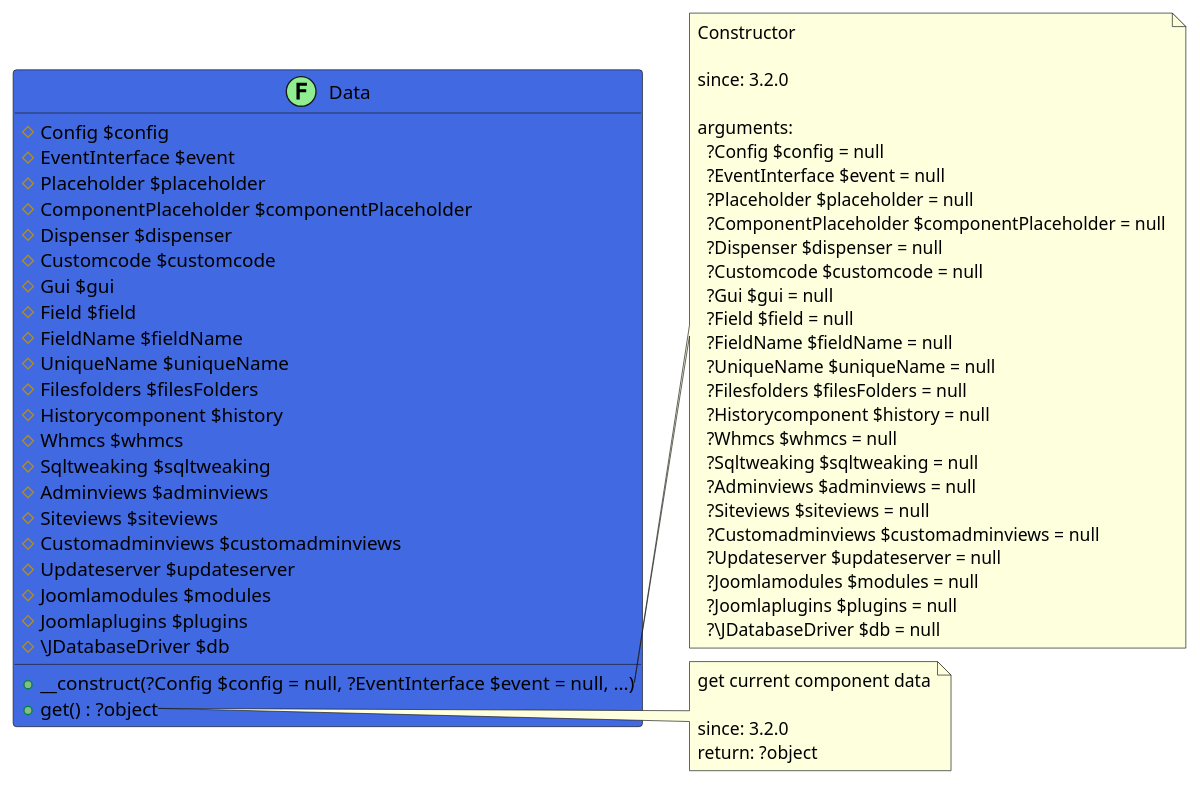
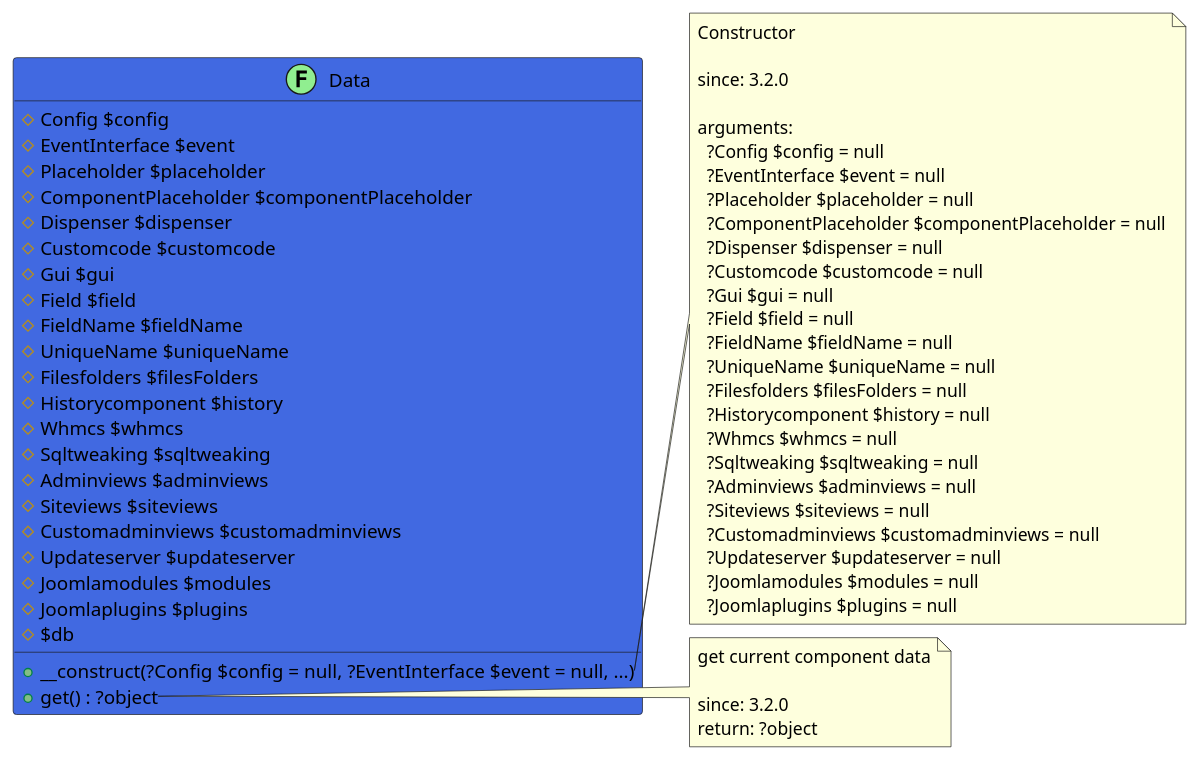
The diagram in src/ef9578e5-4c9d-46bf-866f-3a94bdc7b753/README.md (joomengine/jcb-compiler), drawn with PlantUML before and after one commit. The commit also changed 399 other files, not shown here.

````diff
--- a/src/ef9578e5-4c9d-46bf-866f-3a94bdc7b753/README.md
+++ b/src/ef9578e5-4c9d-46bf-866f-3a94bdc7b753/README.md
@@ -11,66 +11,65 @@
 ```uml
 @startuml
 class Data << (F,LightGreen) >> #RoyalBlue {
   # Config $config
   # EventInterface $event
   # Placeholder $placeholder
   # ComponentPlaceholder $componentPlaceholder
   # Dispenser $dispenser
   # Customcode $customcode
   # Gui $gui
   # Field $field
   # FieldName $fieldName
   # UniqueName $uniqueName
   # Filesfolders $filesFolders
   # Historycomponent $history
   # Whmcs $whmcs
   # Sqltweaking $sqltweaking
   # Adminviews $adminviews
   # Siteviews $siteviews
   # Customadminviews $customadminviews
   # Updateserver $updateserver
   # Joomlamodules $modules
   # Joomlaplugins $plugins
-  # \JDatabaseDriver $db
+  # $db
   + __construct(?Config $config = null, ?EventInterface $event = null, ...)
   + get() : ?object
 }
 
 note right of Data::__construct
   Constructor
 
   since: 3.2.0
   
   arguments:
     ?Config $config = null
     ?EventInterface $event = null
     ?Placeholder $placeholder = null
     ?ComponentPlaceholder $componentPlaceholder = null
     ?Dispenser $dispenser = null
     ?Customcode $customcode = null
     ?Gui $gui = null
     ?Field $field = null
     ?FieldName $fieldName = null
     ?UniqueName $uniqueName = null
     ?Filesfolders $filesFolders = null
     ?Historycomponent $history = null
     ?Whmcs $whmcs = null
     ?Sqltweaking $sqltweaking = null
     ?Adminviews $adminviews = null
     ?Siteviews $siteviews = null
     ?Customadminviews $customadminviews = null
     ?Updateserver $updateserver = null
     ?Joomlamodules $modules = null
     ?Joomlaplugins $plugins = null
-    ?\JDatabaseDriver $db = null
 end note
 
 note right of Data::get
   get current component data
 
   since: 3.2.0
   return: ?object
 end note
  
 @enduml
 ```
````
